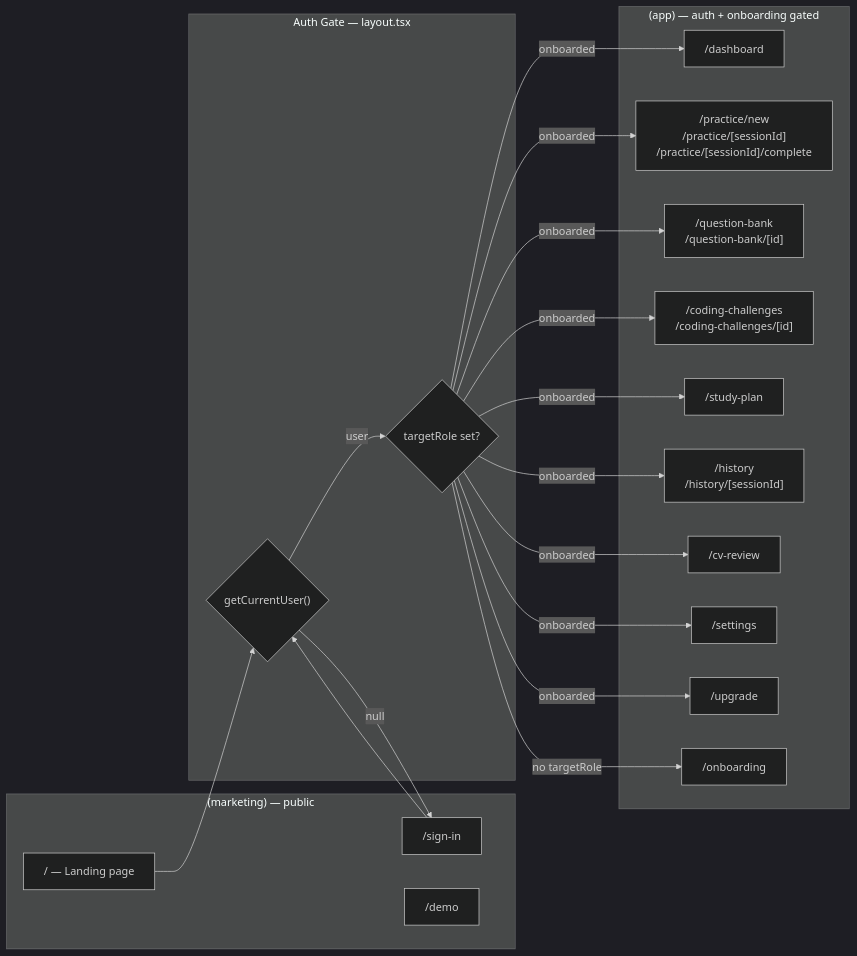
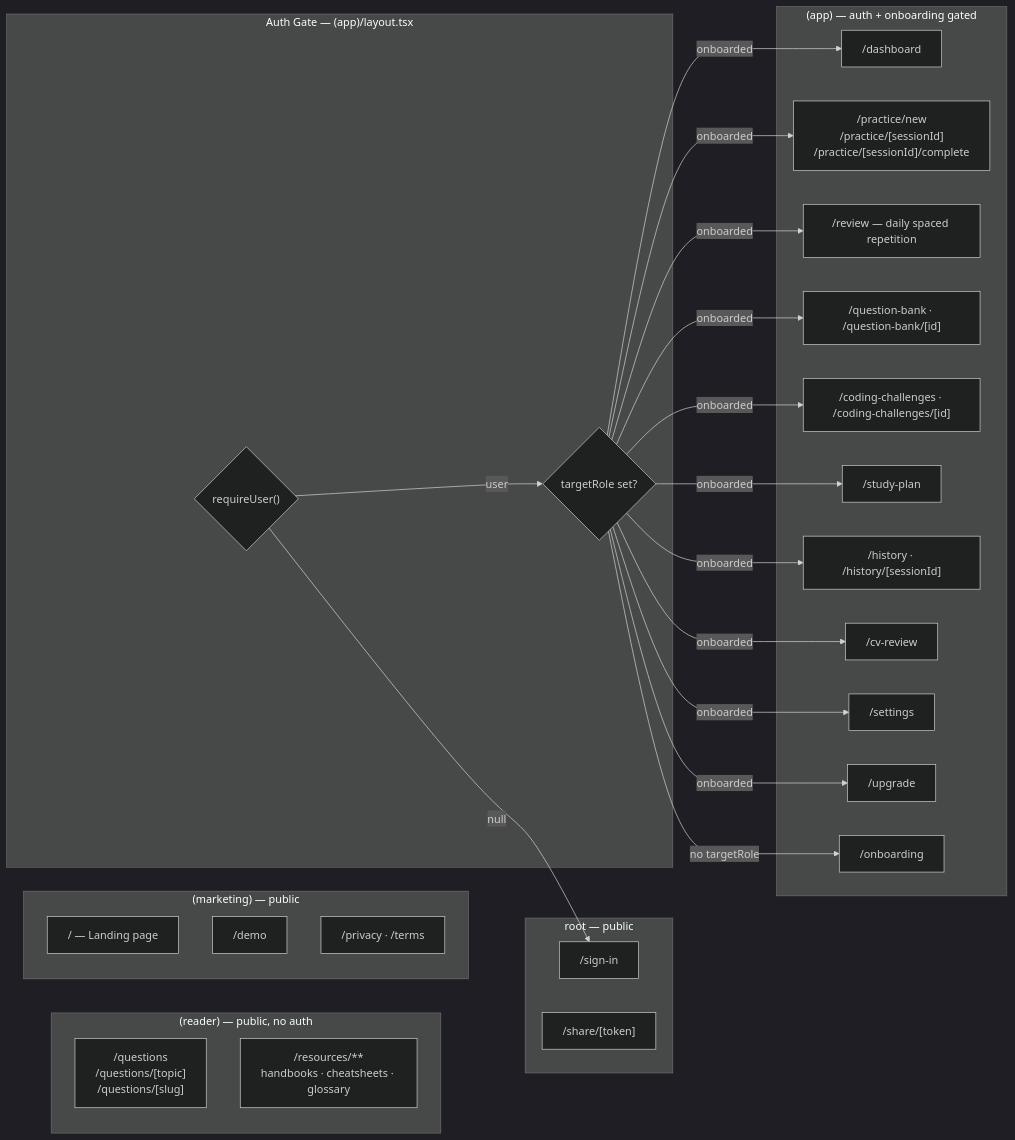
Before and after one commit to lqtrung-95/ai-fe-interview: the second of 13 diagrams in docs/system-architecture.md, drawn with Mermaid (dark theme). The commit also changed other lines of this file and 6 other files, not shown here.

First line of the commit message:
feat(feedback): add public share page with lazy share tokens

````diff
--- a/docs/system-architecture.md
+++ b/docs/system-architecture.md
@@ -82,41 +89,51 @@
 ```mermaid
 graph LR
+    subgraph Reader["(reader) — public, no auth"]
+        Questions["/questions\n/questions/[topic]\n/questions/[slug]"]
+        Resources["/resources/**\nhandbooks · cheatsheets · glossary"]
+    end
+
     subgraph Marketing["(marketing) — public"]
         Landing["/ — Landing page"]
-        SignIn["/sign-in"]
         Demo["/demo"]
+        Legal["/privacy · /terms"]
     end
 
-    subgraph AuthGate["Auth Gate — layout.tsx"]
-        Check{"getCurrentUser()"}
+    subgraph Root["root — public"]
+        SignIn["/sign-in"]
+        Share["/share/[token]"]
+    end
+
+    subgraph AuthGate["Auth Gate — (app)/layout.tsx"]
+        Check{"requireUser()"}
         OBCheck{"targetRole set?"}
     end
 
     subgraph App["(app) — auth + onboarding gated"]
         Dashboard["/dashboard"]
         Practice["/practice/new\n/practice/[sessionId]\n/practice/[sessionId]/complete"]
-        QB["/question-bank\n/question-bank/[id]"]
-        Coding["/coding-challenges\n/coding-challenges/[id]"]
+        Review["/review — daily spaced repetition"]
+        QB["/question-bank · /question-bank/[id]"]
+        Coding["/coding-challenges · /coding-challenges/[id]"]
         StudyPlan["/study-plan"]
-        History["/history\n/history/[sessionId]"]
+        History["/history · /history/[sessionId]"]
         CV["/cv-review"]
         Settings["/settings"]
         Upgrade["/upgrade"]
         Onboarding["/onboarding"]
     end
 
-    Landing --> Check
-    SignIn --> Check
     Check -- "null" --> SignIn
     Check -- "user" --> OBCheck
     OBCheck -- "no targetRole" --> Onboarding
     OBCheck -- "onboarded" --> Dashboard
     OBCheck -- "onboarded" --> Practice
+    OBCheck -- "onboarded" --> Review
     OBCheck -- "onboarded" --> QB
     OBCheck -- "onboarded" --> Coding
     OBCheck -- "onboarded" --> StudyPlan
     OBCheck -- "onboarded" --> History
     OBCheck -- "onboarded" --> CV
     OBCheck -- "onboarded" --> Settings
     OBCheck -- "onboarded" --> Upgrade
 ```
````
